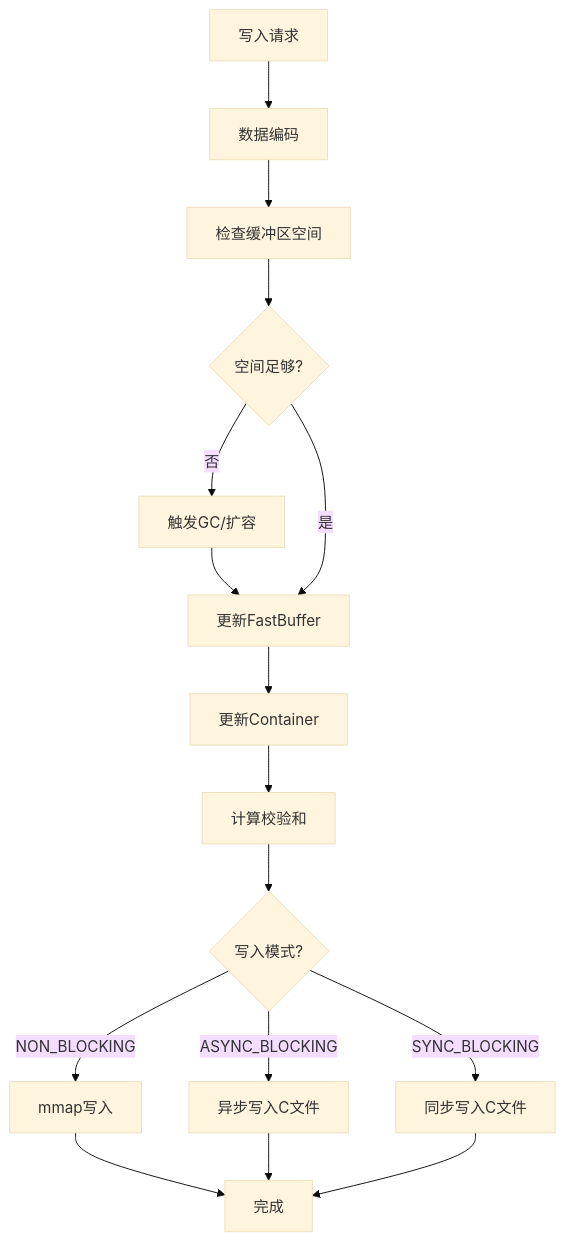
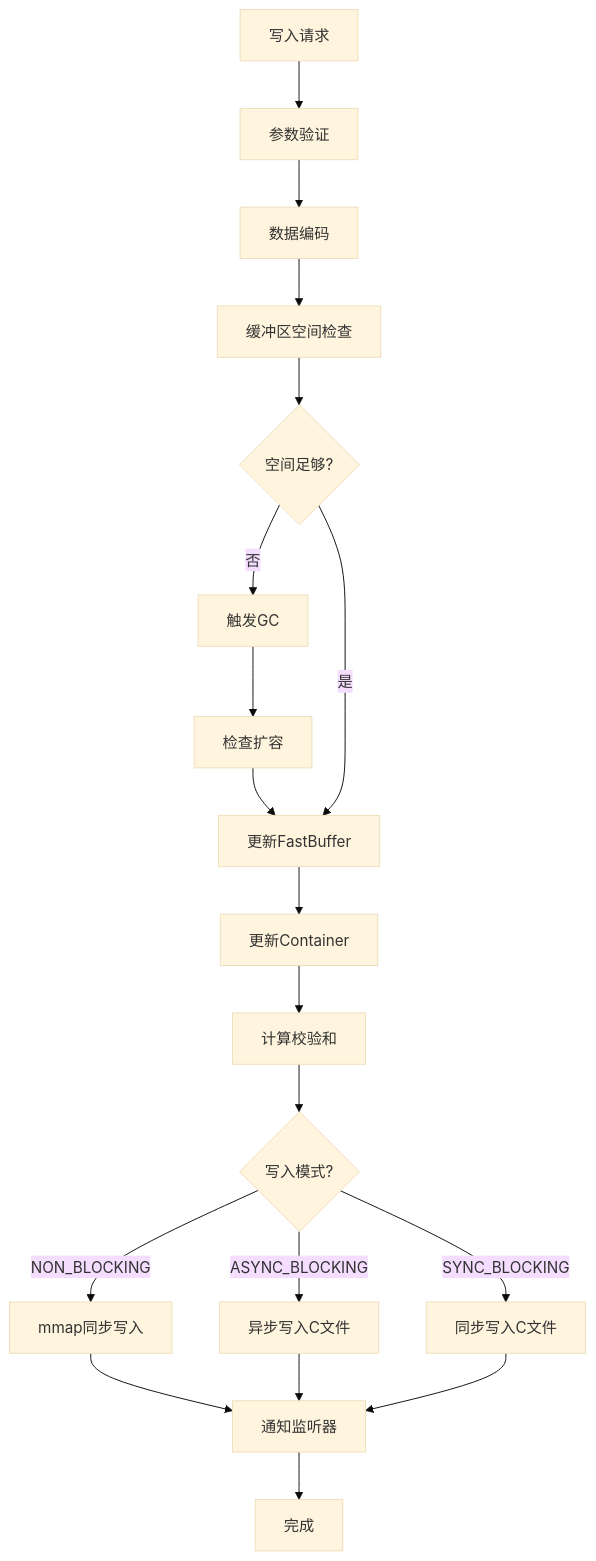
One commit to BillyWei01/FastKV changed the second of 4 diagrams in ARCHITECTURE.md. Above: the diagram before and after it, drawn with Mermaid (base theme). The commit also changed other lines of this file and 3 other files, not shown here.

````diff
--- a/ARCHITECTURE.md
+++ b/ARCHITECTURE.md
@@ -106,18 +138,21 @@
 ```mermaid
 graph TD
-    A[写入请求] --> B[数据编码]
-    B --> C[检查缓冲区空间]
-    C --> D{空间足够?}
-    D -->|否| E[触发GC/扩容]
-    E --> F[更新FastBuffer]
-    D -->|是| F
-    F --> G[更新Container]
-    G --> H[计算校验和]
-    H --> I{写入模式?}
-    I -->|NON_BLOCKING| J[mmap写入]
-    I -->|ASYNC_BLOCKING| K[异步写入C文件]
-    I -->|SYNC_BLOCKING| L[同步写入C文件]
-    J --> M[完成]
-    K --> M
-    L --> M
+    A["写入请求"] --> B["参数验证"]
+    B --> C["数据编码"]
+    C --> D["缓冲区空间检查"]
+    D --> E{"空间足够?"}
+    E -->|"否"| F["触发GC"]
+    F --> G["检查扩容"]
+    G --> H["更新FastBuffer"]
+    E -->|"是"| H
+    H --> I["更新Container"]
+    I --> J["计算校验和"]
+    J --> K{"写入模式?"}
+    K -->|"NON_BLOCKING"| L["mmap同步写入"]
+    K -->|"ASYNC_BLOCKING"| M["异步写入C文件"]
+    K -->|"SYNC_BLOCKING"| N["同步写入C文件"]
+    L --> O["通知监听器"]
+    M --> O
+    N --> O
+    O --> P["完成"]
 ```
````
